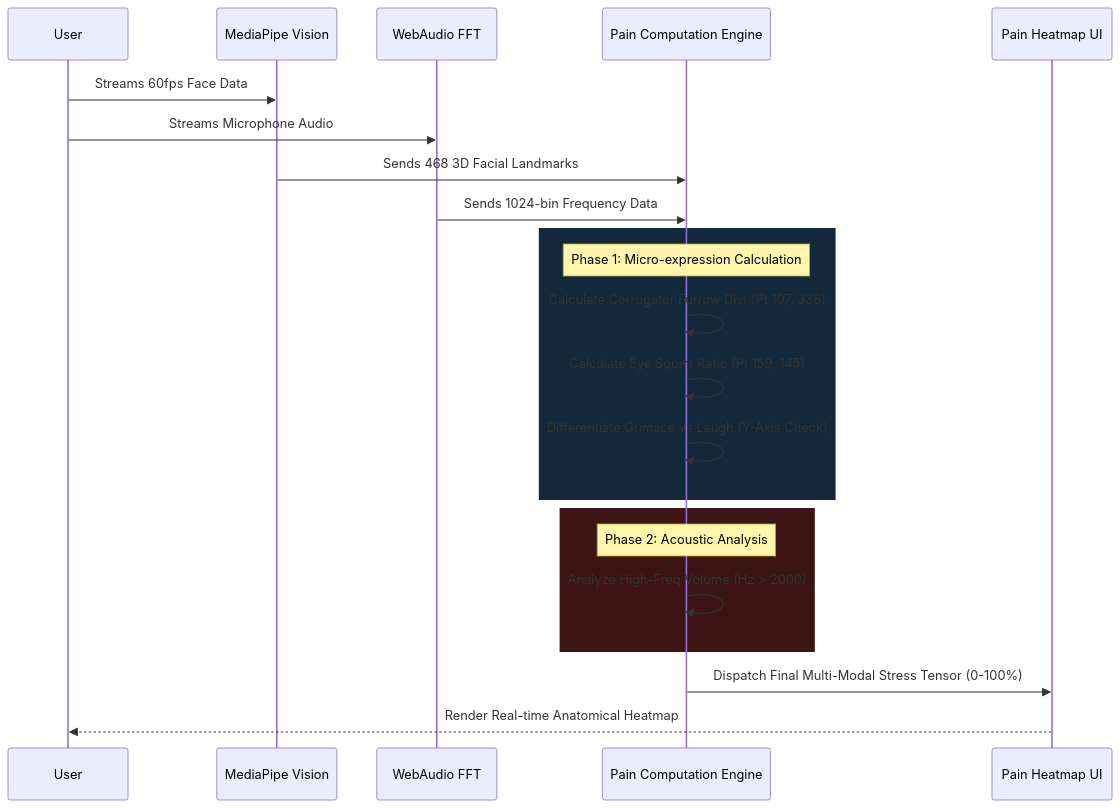
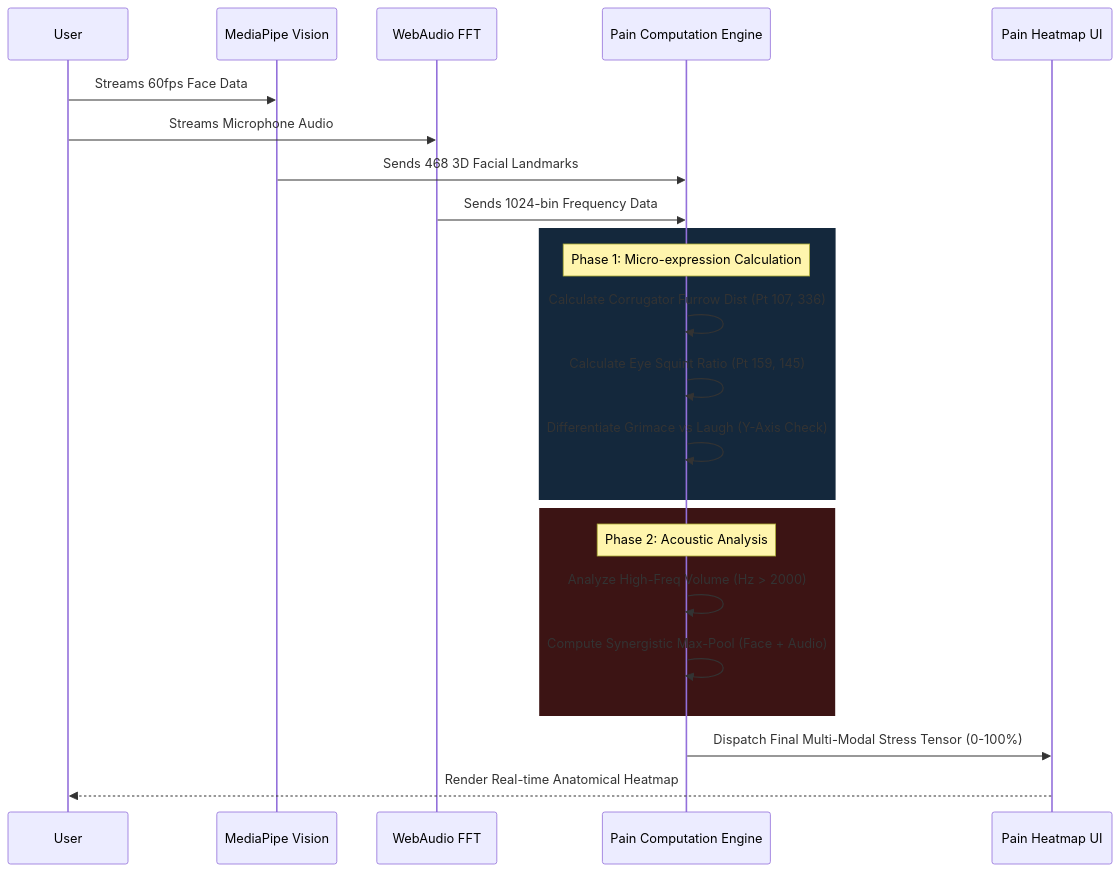
The second of 6 diagrams in README.md (satyamtyagi15/SANJEEVANI-AI), drawn with Mermaid before and after one commit. The commit also changed other lines of this file, not shown here.

Commit message:
docs: rewrite README with flawless mermaid syntax and massive expansions

````diff
--- a/README.md
+++ b/README.md
@@ -67,29 +69,30 @@
 ```mermaid
 sequenceDiagram
     participant User
     participant VisionNode as MediaPipe Vision
     participant AudioNode as WebAudio FFT
     participant Engine as Pain Computation Engine
     participant UI as Pain Heatmap UI
 
     User->>VisionNode: Streams 60fps Face Data
     User->>AudioNode: Streams Microphone Audio
     
     VisionNode->>Engine: Sends 468 3D Facial Landmarks
     AudioNode->>Engine: Sends 1024-bin Frequency Data
     
     rect rgb(20, 40, 60)
         Note over Engine: Phase 1: Micro-expression Calculation
         Engine->>Engine: Calculate Corrugator Furrow Dist (Pt 107, 336)
         Engine->>Engine: Calculate Eye Squint Ratio (Pt 159, 145)
         Engine->>Engine: Differentiate Grimace vs Laugh (Y-Axis Check)
     end
     
     rect rgb(60, 20, 20)
         Note over Engine: Phase 2: Acoustic Analysis
         Engine->>Engine: Analyze High-Freq Volume (Hz > 2000)
+        Engine->>Engine: Compute Synergistic Max-Pool (Face + Audio)
     end
     
     Engine->>UI: Dispatch Final Multi-Modal Stress Tensor (0-100%)
     UI-->>User: Render Real-time Anatomical Heatmap
 ```
````
